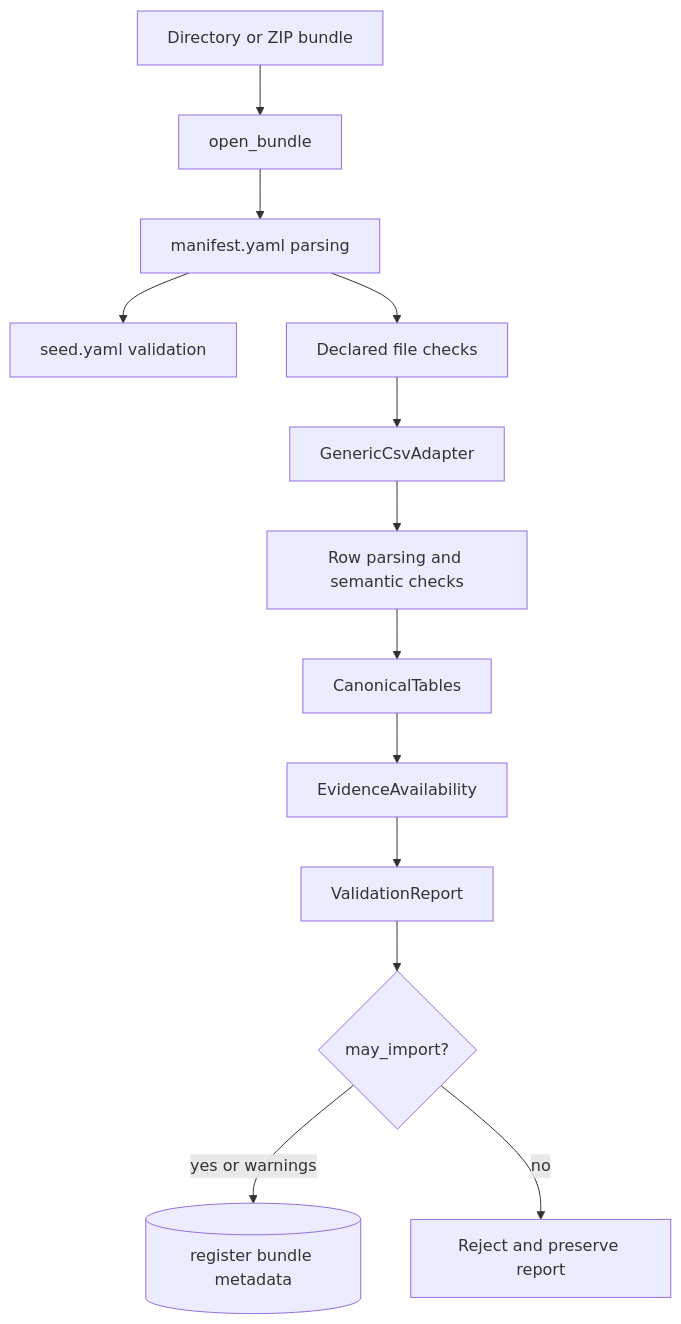
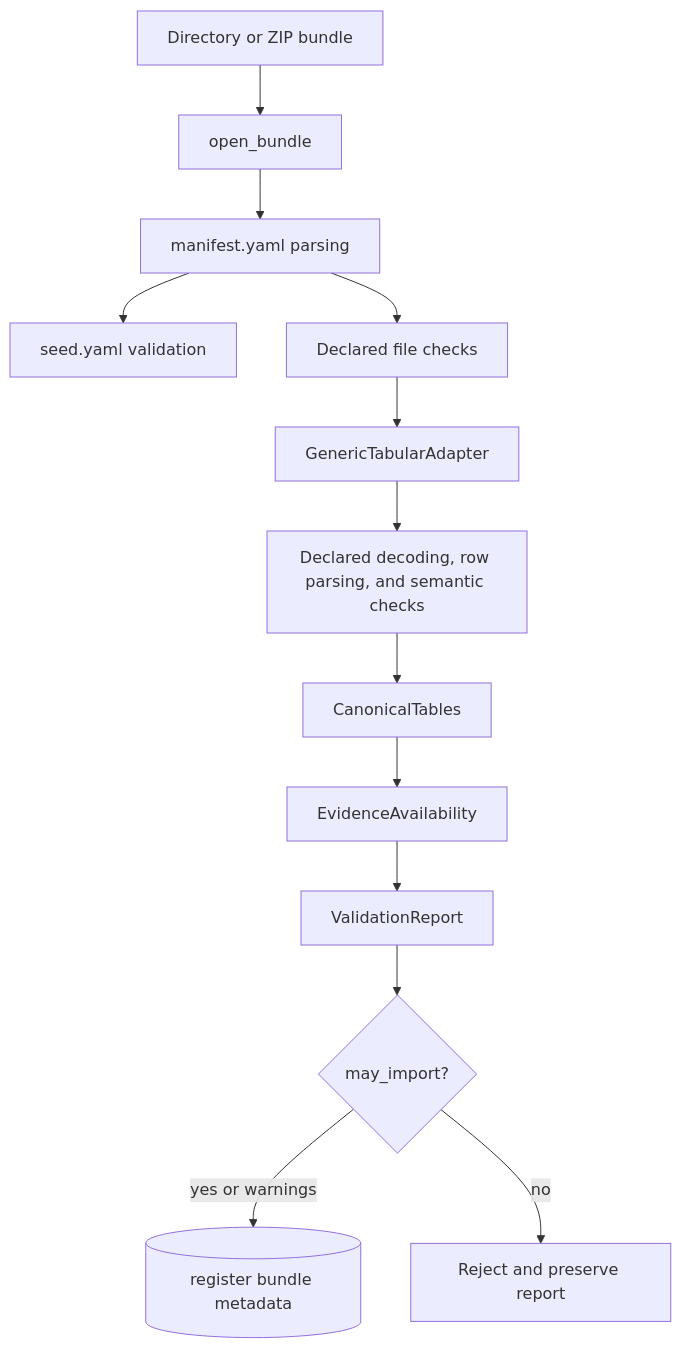
One commit to Abdulla4akash/traffictwin changed diagram 20 of 47 in docs/architecture.md. Above: the diagram before and after it, drawn with Mermaid. The commit also changed other lines of this file and 566 other files, not shown here.

````diff
--- a/docs/architecture.md
+++ b/docs/architecture.md
@@ -104,15 +536,15 @@
 ```mermaid
 flowchart TD
     Source[Directory or ZIP bundle] --> Loader[open_bundle]
     Loader --> Manifest[manifest.yaml parsing]
     Manifest --> Seed[seed.yaml validation]
     Manifest --> Files[Declared file checks]
-    Files --> CSV[GenericCsvAdapter]
-    CSV --> Rows[Row parsing and semantic checks]
+    Files --> Tabular[GenericTabularAdapter]
+    Tabular --> Rows[Declared decoding, row parsing, and semantic checks]
     Rows --> Tables[CanonicalTables]
     Tables --> EvidenceAvailability[EvidenceAvailability]
     EvidenceAvailability --> Report[ValidationReport]
     Report --> ImportDecision{may_import?}
     ImportDecision -->|yes or warnings| Registry[(register bundle metadata)]
     ImportDecision -->|no| Reject[Reject and preserve report]
 ```
````
